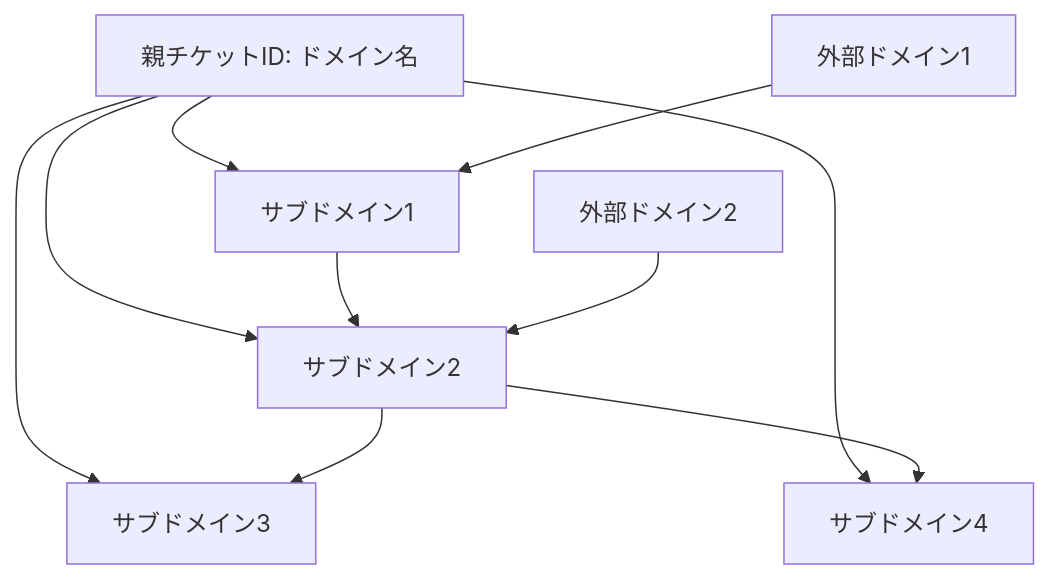
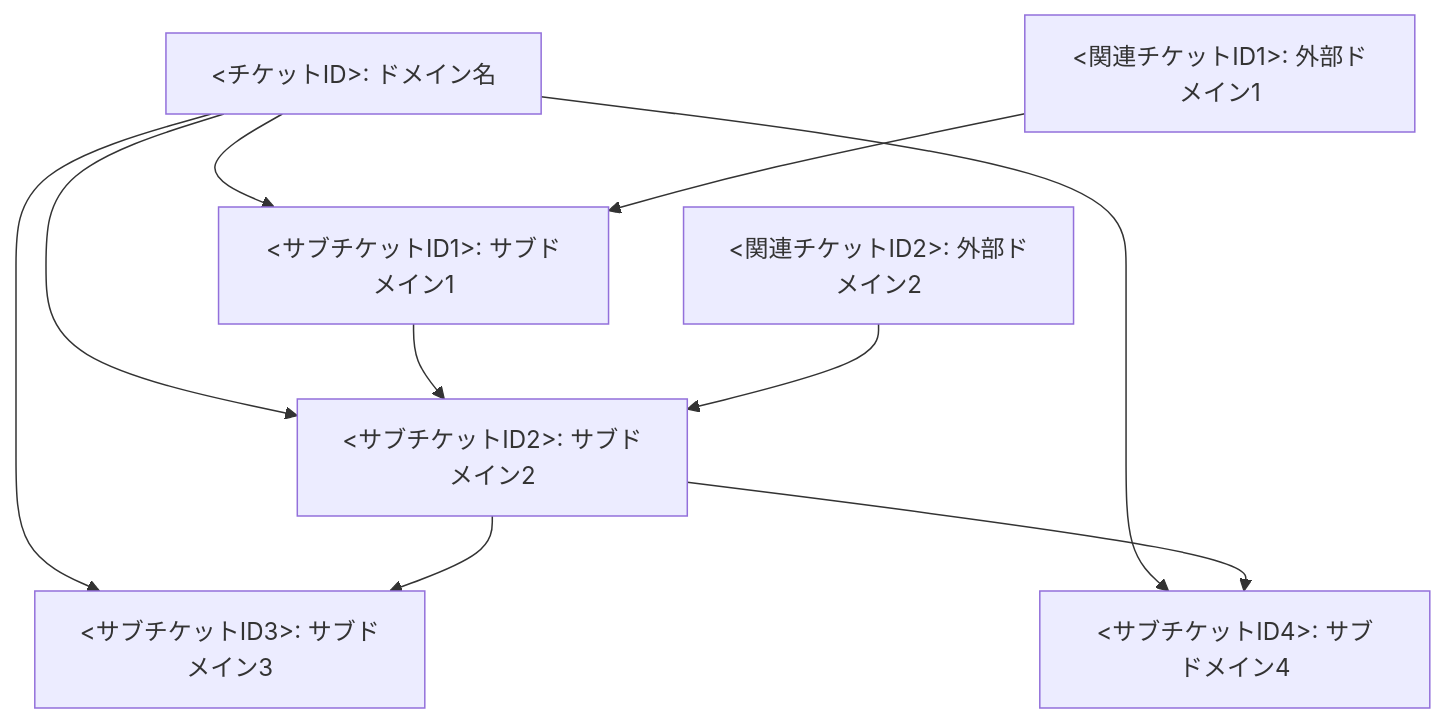
Before and after one commit to NowatariSoma/tomosigoto_nou_system: the first of 4 diagrams in tickets/親チケットREADME作成手順書.md, drawn with Mermaid. The commit also changed other lines of this file and 10 other files, not shown here.

````diff
--- a/tickets/親チケットREADME作成手順書.md
+++ b/tickets/親チケットREADME作成手順書.md
@@ -52,14 +52,14 @@
 ```mermaid
 graph TD
-    A[親チケットID: ドメイン名] --> B[サブドメイン1]
-    A --> C[サブドメイン2]
-    A --> D[サブドメイン3]
-    A --> E[サブドメイン4]
+    A[<チケットID>: ドメイン名] --> B[<サブチケットID1>: サブドメイン1]
+    A --> C[<サブチケットID2>: サブドメイン2]
+    A --> D[<サブチケットID3>: サブドメイン3]
+    A --> E[<サブチケットID4>: サブドメイン4]
     B --> C
     C --> D
     C --> E
     
     %% 外部依存関係
-    F[外部ドメイン1] --> B
-    G[外部ドメイン2] --> C
+    F[<関連チケットID1>: 外部ドメイン1] --> B
+    G[<関連チケットID2>: 外部ドメイン2] --> C
 ```
````
